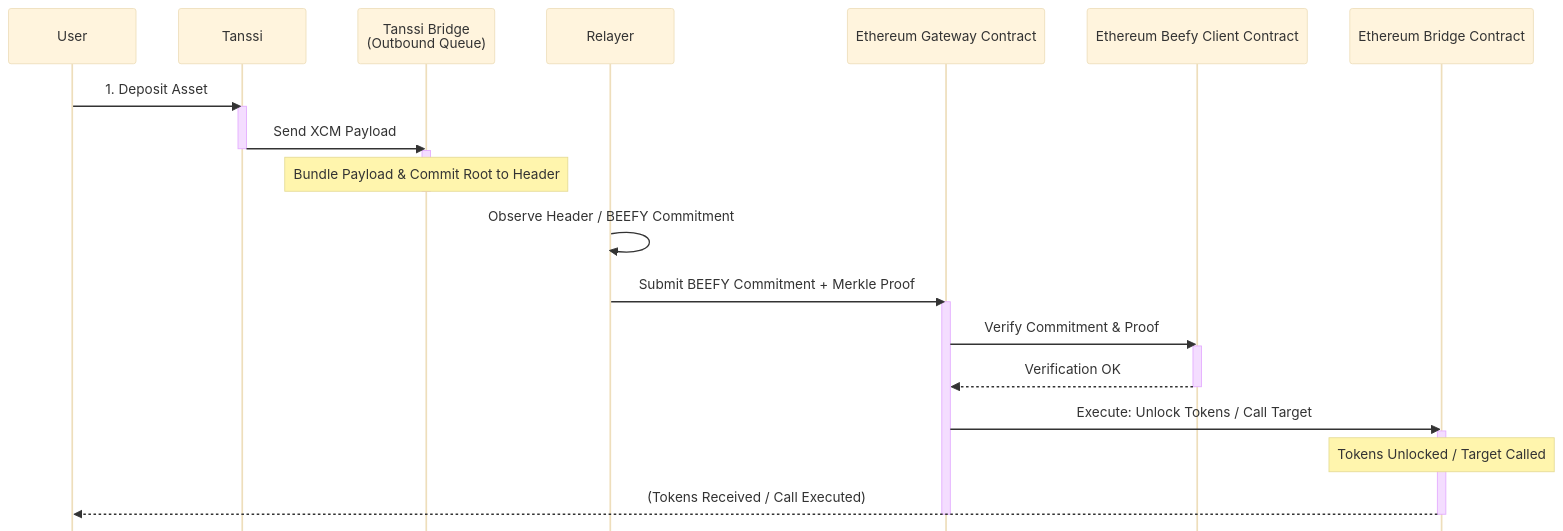
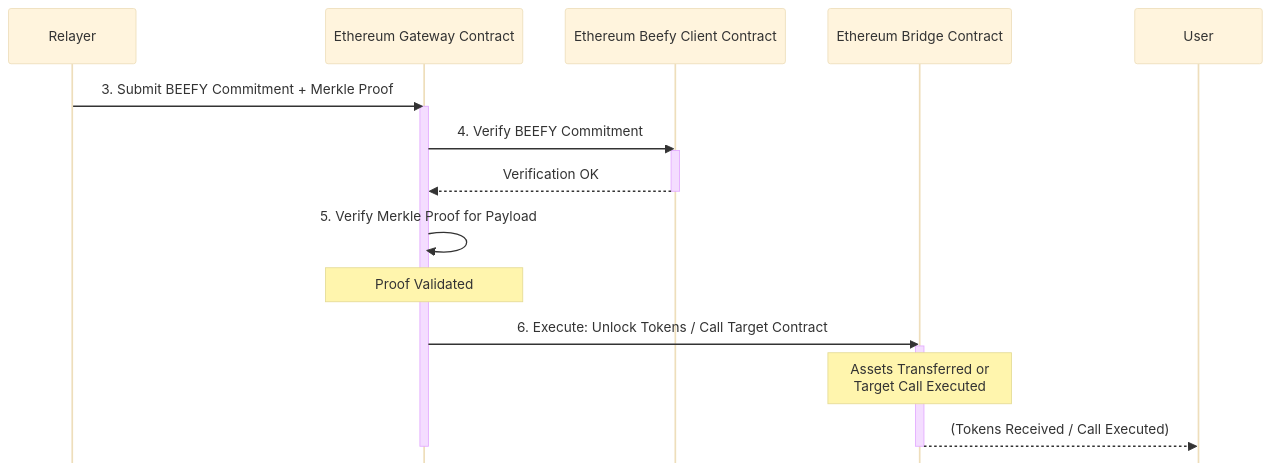
The seventh of 7 diagrams in learn/tanssi/network-bridge/network-bridge.md (moondance-labs/tanssi-docs), drawn with Mermaid (base theme) before and after one commit. The commit also changed other lines of this file and 1 other file, not shown here.

Commit message:
chore: separate complex diagram, review flow

````diff
--- a/learn/tanssi/network-bridge/network-bridge.md
+++ b/learn/tanssi/network-bridge/network-bridge.md
@@ -183,35 +209,26 @@
 ```mermaid
 sequenceDiagram
     %%{init: {'sequence': {'mirrorActors': false}}}%%
-    participant User
-    participant TAH as Tanssi 
-    participant TBP as Tanssi Bridge<br/> (Outbound Queue)
     participant Relayer
     participant EGateway as Ethereum Gateway Contract
     participant EBeefy as Ethereum Beefy Client Contract
     participant EBridge as Ethereum Bridge Contract
+    participant User
 
-    User->>TAH: 1. Deposit Asset
-    activate TAH
-    TAH->>TBP: Send XCM Payload
-    deactivate TAH
-
-    activate TBP
-    Note over TBP: Bundle Payload & Commit Root to Header
-    deactivate TBP
-
-    Relayer->>Relayer: Observe Header / BEEFY Commitment
-    Relayer->>EGateway: Submit BEEFY Commitment + Merkle Proof
+    Relayer->>EGateway: 3. Submit BEEFY Commitment + Merkle Proof
     activate EGateway
-    EGateway->>EBeefy: Verify Commitment & Proof
+    EGateway->>EBeefy: 4. Verify BEEFY Commitment
     activate EBeefy
     EBeefy-->>EGateway: Verification OK
     deactivate EBeefy
 
-    EGateway->>EBridge: Execute: Unlock Tokens / Call Target
+    EGateway->>EGateway: 5. Verify Merkle Proof for Payload
+    Note over EGateway: Proof Validated
+
+    EGateway->>EBridge: 6. Execute: Unlock Tokens / Call Target Contract
     activate EBridge
-    Note over EBridge: Tokens Unlocked / Target Called
+    Note over EBridge: Assets Transferred or<br/>Target Call Executed
     EBridge-->>User: (Tokens Received / Call Executed)
     deactivate EBridge
     deactivate EGateway
 ```
````
